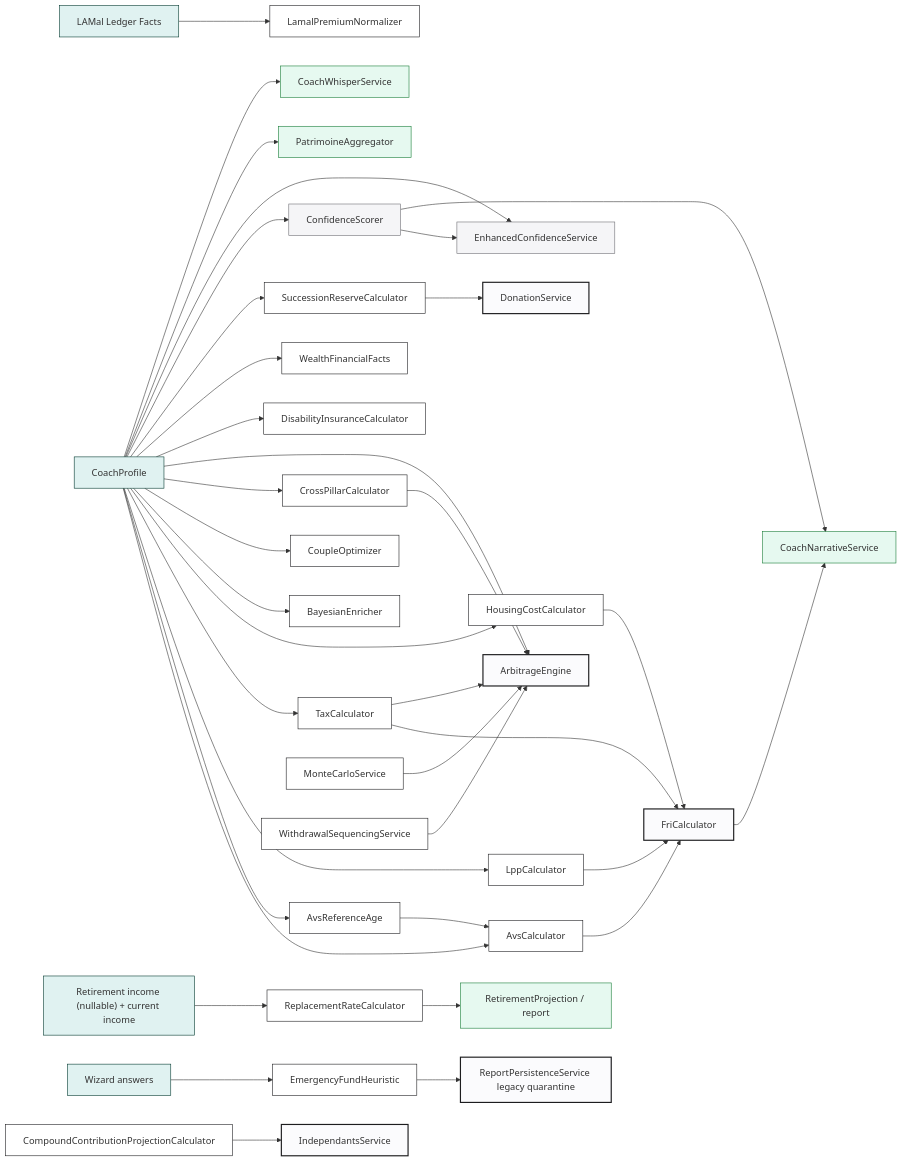
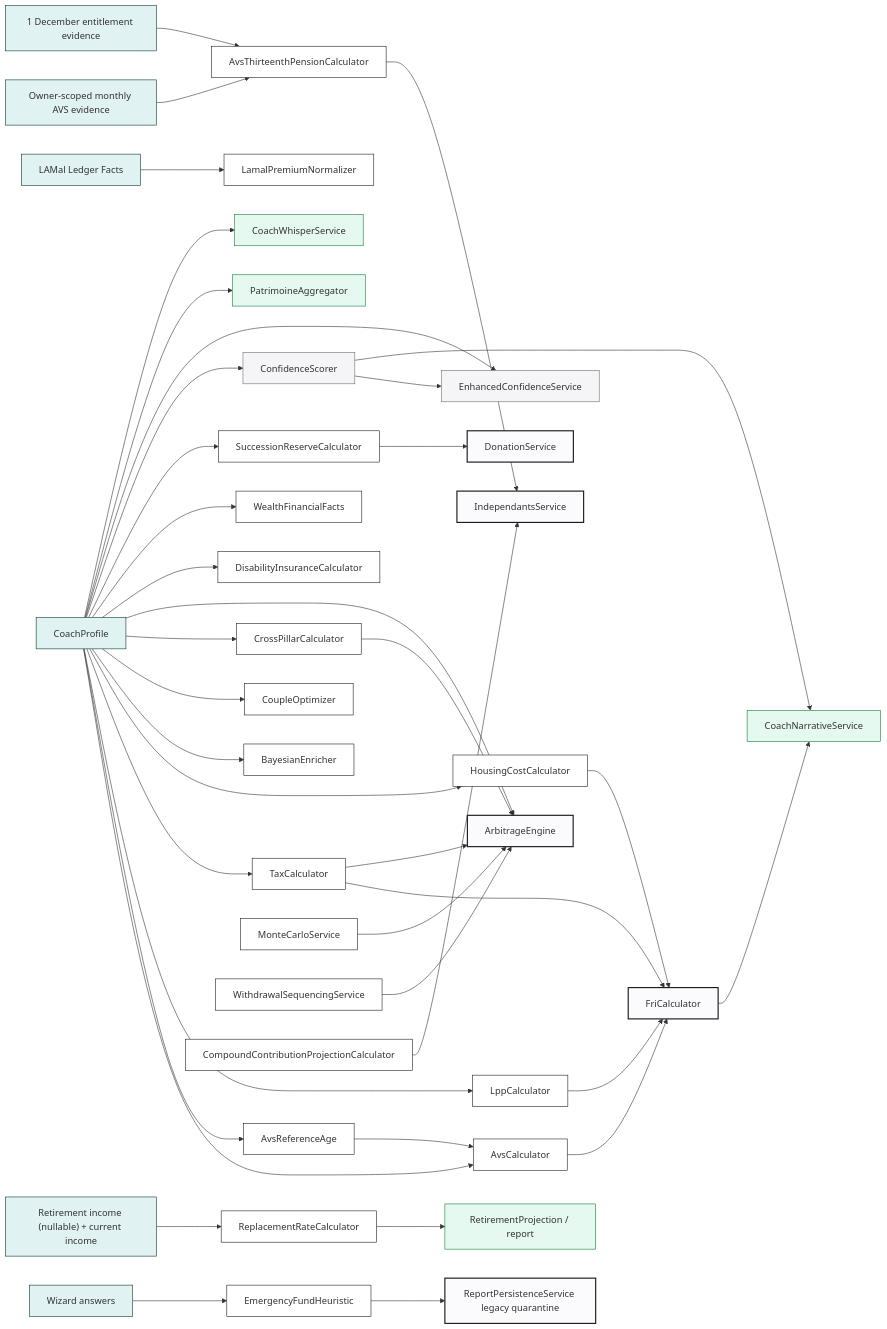
The diagram in docs/calculator-graph.md (MINT-IA/MINT), drawn with Mermaid before and after one commit. The commit also changed other lines of this file and 2 other files, not shown here.

Commit message:
feat(g1): add typed 13th AVS cashflow contract

````diff
--- a/docs/calculator-graph.md
+++ b/docs/calculator-graph.md
@@ -26,52 +26,55 @@
 ```mermaid
 flowchart LR
     PROFILE[CoachProfile]:::profile
 
     PROFILE --> AVS[AvsCalculator]:::calc
     PROFILE --> AVS_REF[AvsReferenceAge]:::calc
     AVS_REF --> AVS
+    AVS_MONTHS["Owner-scoped monthly AVS evidence"]:::profile --> AVS_13[AvsThirteenthPensionCalculator]:::calc
+    AVS_DECEMBER["1 December entitlement evidence"]:::profile --> AVS_13
+    AVS_13 --> INDEP
     PROFILE --> LPP[LppCalculator]:::calc
     PROFILE --> TAX[TaxCalculator]:::calc
     PROFILE --> HOUSING[HousingCostCalculator]:::calc
     PROFILE --> BAYESIAN[BayesianEnricher]:::calc
 
     AVS --> FRI[FriCalculator]:::composer
     LPP --> FRI
     TAX --> FRI
     HOUSING --> FRI
 
     PROFILE --> COUPLE[CoupleOptimizer]:::calc
     PROFILE --> CROSS[CrossPillarCalculator]:::calc
     PROFILE --> ARB[ArbitrageEngine]:::composer
     CROSS --> ARB
     TAX --> ARB
     PROFILE --> DISABILITY[DisabilityInsuranceCalculator]:::calc
     REPORT_INCOME["Retirement income (nullable) + current income"]:::profile --> REPLACEMENT[ReplacementRateCalculator]:::calc
     REPLACEMENT --> RETIREMENT_REPORT["RetirementProjection / report"]:::ui
     WIZARD[Wizard answers]:::profile --> EMERGENCY[EmergencyFundHeuristic]:::calc
     EMERGENCY --> PERSIST[ReportPersistenceService legacy quarantine]:::composer
     PROFILE --> WEALTH[WealthFinancialFacts]:::calc
     PROFILE --> SUCCESSION[SuccessionReserveCalculator]:::calc
     LAMAL_FACTS[LAMal Ledger Facts]:::profile --> LAMAL[LamalPremiumNormalizer]:::calc
 
     PROFILE --> CONF[ConfidenceScorer]:::score
     PROFILE --> CONF_ENH[EnhancedConfidenceService]:::score
     CONF --> CONF_ENH
 
     PROFILE --> PAT[PatrimoineAggregator]:::ui
     PROFILE --> WHISPER[CoachWhisperService]:::ui
 
     FRI --> NAR[CoachNarrativeService]:::ui
     CONF --> NAR
 
     MC[MonteCarloService]:::calc --> ARB
     WITHDRAW[WithdrawalSequencingService]:::calc --> ARB
     COMPOUND[CompoundContributionProjectionCalculator]:::calc --> INDEP[IndependantsService]:::composer
     SUCCESSION --> DONATION[DonationService]:::composer
 
     classDef profile fill:#E0F2F1,stroke:#00382E
     classDef calc fill:#FFF,stroke:#1D1D1F
     classDef composer fill:#FBFBFD,stroke:#1D1D1F,stroke-width:2px
     classDef score fill:#F5F5F7,stroke:#6E6E73
     classDef ui fill:#E6F9F0,stroke:#157B35
 ```
````
